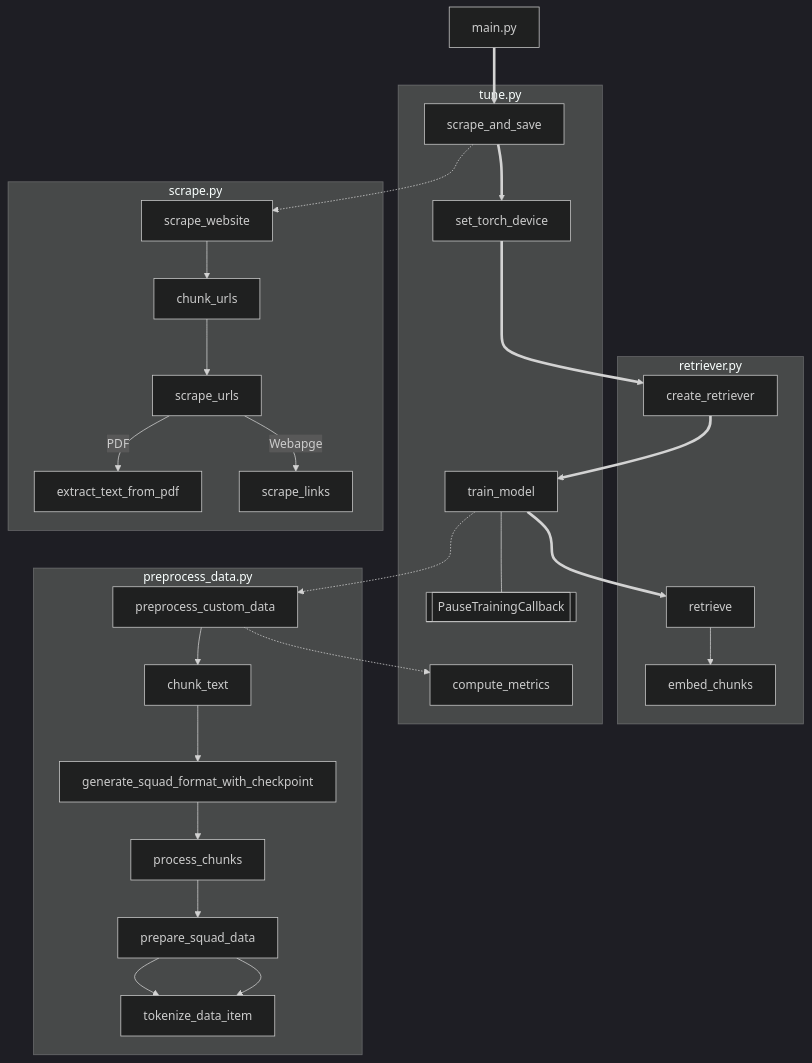
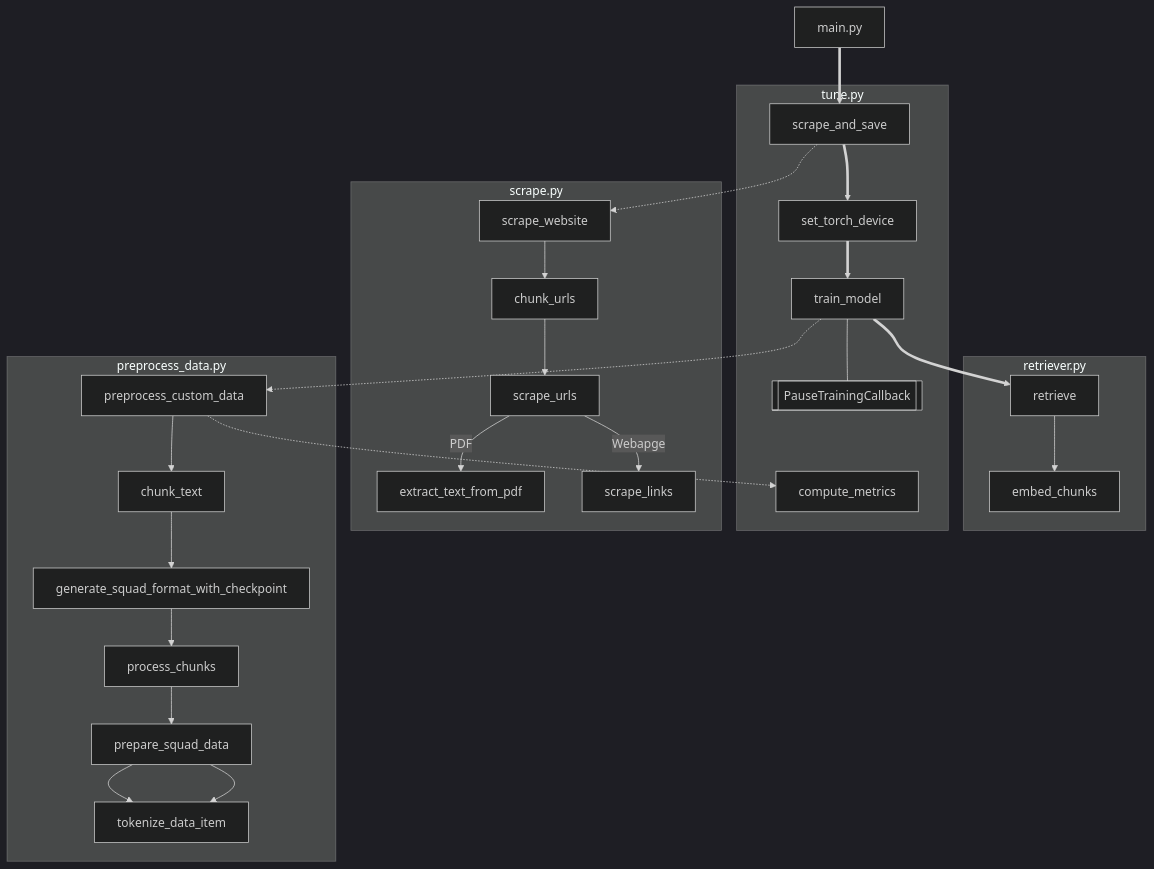
The diagram in README.md (ian-young/transformers), drawn with Mermaid (dark theme) before and after one commit.

Commit message:
Updated chart to reflect removed function

````diff
--- a/README.md
+++ b/README.md
@@ -9,46 +9,45 @@
 ```mermaid
     flowchart TB
     subgraph retriever.py
-        create_retriever
         retrieve
         embed_chunks
     end
     subgraph tune.py
         set_torch_device
         Callback[[PauseTrainingCallback]]
         scrape_and_save
         compute_metrics
         train_model
     end
     subgraph scrape.py
         chunk_urls
         scrape_website
         scrape_urls
         extract_text_from_pdf
         scrape_links
     end
     subgraph preprocess_data.py
         generate_squad_format_with_checkpoint
         chunk_text
         preprocess_custom_data
         process_chunks
         prepare_squad_data
         tokenize_data_item
 
     end
 
-    main.py ==> scrape_and_save ==> set_torch_device ===> create_retriever ==> train_model ==> retrieve
+    main.py ==> scrape_and_save ==> set_torch_device ==> train_model ==> retrieve
 
     scrape_and_save -.-> scrape_website
     scrape_website --> chunk_urls --> scrape_urls
     scrape_urls --PDF--> extract_text_from_pdf
     scrape_urls --Webapge--> scrape_links
 
     train_model -.-> preprocess_custom_data -.-> compute_metrics
     train_model --- Callback
 
     preprocess_custom_data --> chunk_text --> generate_squad_format_with_checkpoint --> process_chunks --> prepare_squad_data --> tokenize_data_item
     prepare_squad_data --> tokenize_data_item
 
     retrieve --> embed_chunks
 ```
````
